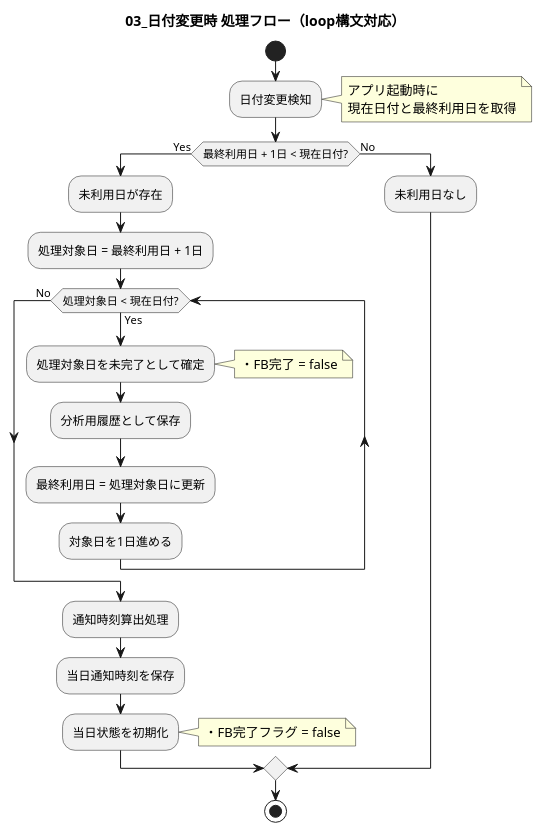
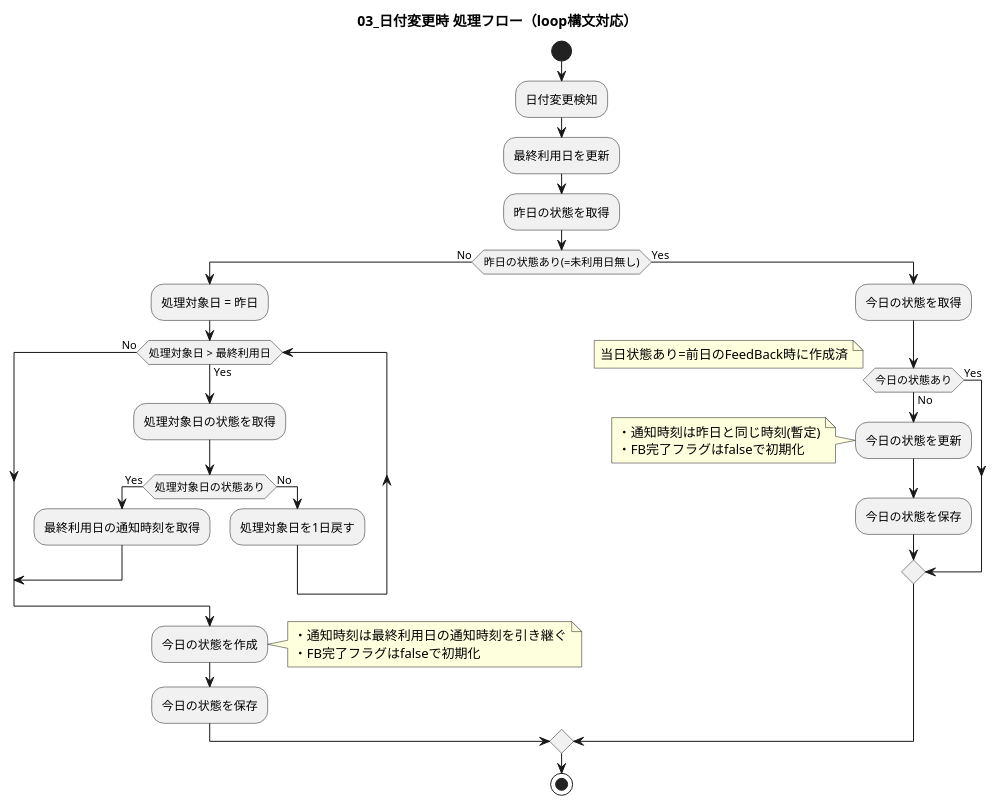
The diagram in assets/specifications/基本設計/03_日付変更時フロー.pu (akamatrixxx/justtime), drawn with PlantUML before and after one commit. The commit also changed 9 other files, not shown here.

```diff
--- a/assets/specifications/基本設計/03_日付変更時フロー.pu
+++ b/assets/specifications/基本設計/03_日付変更時フロー.pu
@@ -1,47 +1,51 @@
 @startuml
 title 03_日付変更時 処理フロー（loop構文対応）
 
 start
 
 :日付変更検知;
-note right
-アプリ起動時に
-現在日付と最終利用日を取得
-end note
 
-if (最終利用日 + 1日 < 現在日付?) then (Yes)
-  :未利用日が存在;
+:最終利用日を更新;
 
-  :処理対象日 = 最終利用日 + 1日;
+:昨日の状態を取得;
 
-  while (処理対象日 < 現在日付?) is (Yes)
+if (昨日の状態あり(=未利用日無し)) then (No)
 
-    :処理対象日を未完了として確定;
+  :処理対象日 = 昨日;
+
+  while (処理対象日 > 最終利用日) is (Yes)
+    :処理対象日の状態を取得;
+    if (処理対象日の状態あり) then (Yes)
+      :最終利用日の通知時刻を取得;
+      break
+    else (No)
+      :処理対象日を1日戻す;
+    endif
+  endwhile (No)
+  :今日の状態を作成;
+  note right
+    ・通知時刻は最終利用日の通知時刻を引き継ぐ
+    ・FB完了フラグはfalseで初期化
+  end note
+  :今日の状態を保存;
+
+else (Yes)
+  :今日の状態を取得;
+  if (今日の状態あり) then (Yes)
     note right
-    ・FB完了 = false
+      当日状態あり=前日のFeedBack時に作成済
     end note
-
-    :分析用履歴として保存;
-
-    :最終利用日 = 処理対象日に更新;
-
-    :対象日を1日進める;
-  endwhile (No)
-
-  :通知時刻算出処理;
-
-  :当日通知時刻を保存;
-
-  :当日状態を初期化;
-note right
-・FB完了フラグ = false
-end note
-
-else (No)
-  :未利用日なし;
+  else (No)
+    :今日の状態を更新;
+    note left
+    ・通知時刻は昨日と同じ時刻(暫定)
+    ・FB完了フラグはfalseで初期化
+  end note
+    :今日の状態を保存;
+  endif
 endif
 
 
 
 stop
 @enduml
```
